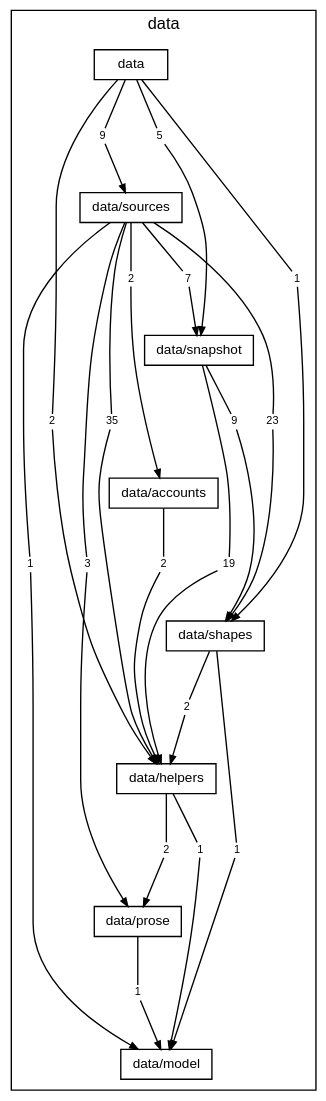
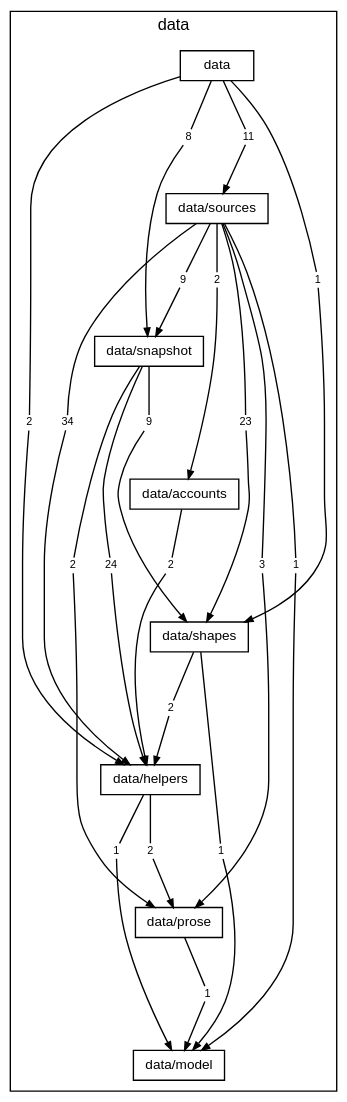
One commit to TheAxeC/oculus changed the diagram in docs/diagrams/layer-data.dot. Above: the diagram before and after it, drawn with Graphviz. The commit also changed 108 other files, not shown here.

```diff
--- a/docs/diagrams/layer-data.dot
+++ b/docs/diagrams/layer-data.dot
@@ -1,77 +1,80 @@
 digraph layer_data {
     graph [bgcolor="transparent", rankdir=TB, newrank=true, mclimit=4, fontname="Helvetica,Arial,sans-serif", fontsize=12, nodesep=0.2, ranksep=0.5];
     node [shape=box, color="black", fontcolor="black", fontname="Helvetica,Arial,sans-serif", fontsize=10, height=0.3, margin="0.12,0.04"];
     edge [color="black", fontcolor="black", fontname="Helvetica,Arial,sans-serif", fontsize=8, arrowsize=0.6];
     subgraph "cluster_data" {
         label="data"; style=solid;
         "folder data" [label="data"];
         "folder data/sources" [label="data/sources"];
         "folder data/snapshot" [label="data/snapshot"];
         "folder data/accounts" [label="data/accounts"];
         "folder data/shapes" [label="data/shapes"];
         "folder data/helpers" [label="data/helpers"];
         "folder data/prose" [label="data/prose"];
         "folder data/model" [label="data/model"];
         "folder data to folder data/helpers" [label="2", shape=box, color="transparent", fontsize=8, width=0, height=0, margin="0.04,0.02"];
         "folder data to folder data/shapes" [label="1", shape=box, color="transparent", fontsize=8, width=0, height=0, margin="0.04,0.02"];
-        "folder data to folder data/snapshot" [label="5", shape=box, color="transparent", fontsize=8, width=0, height=0, margin="0.04,0.02"];
-        "folder data to folder data/sources" [label="9", shape=box, color="transparent", fontsize=8, width=0, height=0, margin="0.04,0.02"];
+        "folder data to folder data/snapshot" [label="8", shape=box, color="transparent", fontsize=8, width=0, height=0, margin="0.04,0.02"];
+        "folder data to folder data/sources" [label="11", shape=box, color="transparent", fontsize=8, width=0, height=0, margin="0.04,0.02"];
         "folder data/sources to folder data/accounts" [label="2", shape=box, color="transparent", fontsize=8, width=0, height=0, margin="0.04,0.02"];
-        "folder data/sources to folder data/helpers" [label="35", shape=box, color="transparent", fontsize=8, width=0, height=0, margin="0.04,0.02"];
+        "folder data/sources to folder data/helpers" [label="34", shape=box, color="transparent", fontsize=8, width=0, height=0, margin="0.04,0.02"];
         "folder data/sources to folder data/model" [label="1", shape=box, color="transparent", fontsize=8, width=0, height=0, margin="0.04,0.02"];
         "folder data/sources to folder data/prose" [label="3", shape=box, color="transparent", fontsize=8, width=0, height=0, margin="0.04,0.02"];
         "folder data/sources to folder data/shapes" [label="23", shape=box, color="transparent", fontsize=8, width=0, height=0, margin="0.04,0.02"];
-        "folder data/sources to folder data/snapshot" [label="7", shape=box, color="transparent", fontsize=8, width=0, height=0, margin="0.04,0.02"];
-        "folder data/snapshot to folder data/helpers" [label="19", shape=box, color="transparent", fontsize=8, width=0, height=0, margin="0.04,0.02"];
+        "folder data/sources to folder data/snapshot" [label="9", shape=box, color="transparent", fontsize=8, width=0, height=0, margin="0.04,0.02"];
+        "folder data/snapshot to folder data/helpers" [label="24", shape=box, color="transparent", fontsize=8, width=0, height=0, margin="0.04,0.02"];
+        "folder data/snapshot to folder data/prose" [label="2", shape=box, color="transparent", fontsize=8, width=0, height=0, margin="0.04,0.02"];
         "folder data/snapshot to folder data/shapes" [label="9", shape=box, color="transparent", fontsize=8, width=0, height=0, margin="0.04,0.02"];
         "folder data/accounts to folder data/helpers" [label="2", shape=box, color="transparent", fontsize=8, width=0, height=0, margin="0.04,0.02"];
         "folder data/shapes to folder data/helpers" [label="2", shape=box, color="transparent", fontsize=8, width=0, height=0, margin="0.04,0.02"];
         "folder data/shapes to folder data/model" [label="1", shape=box, color="transparent", fontsize=8, width=0, height=0, margin="0.04,0.02"];
         "folder data/helpers to folder data/model" [label="1", shape=box, color="transparent", fontsize=8, width=0, height=0, margin="0.04,0.02"];
         "folder data/helpers to folder data/prose" [label="2", shape=box, color="transparent", fontsize=8, width=0, height=0, margin="0.04,0.02"];
         "folder data/prose to folder data/model" [label="1", shape=box, color="transparent", fontsize=8, width=0, height=0, margin="0.04,0.02"];
     }
     "folder data" -> "folder data/sources" [style=invis, weight=10, minlen=2];
     "folder data/sources" -> "folder data/snapshot" [style=invis, weight=10, minlen=2];
     "folder data/snapshot" -> "folder data/accounts" [style=invis, weight=10, minlen=2];
     "folder data/accounts" -> "folder data/shapes" [style=invis, weight=10, minlen=2];
     "folder data/shapes" -> "folder data/helpers" [style=invis, weight=10, minlen=2];
     "folder data/helpers" -> "folder data/prose" [style=invis, weight=10, minlen=2];
     "folder data/prose" -> "folder data/model" [style=invis, weight=10, minlen=2];
     "folder data" -> "folder data to folder data/helpers" [arrowhead=none, minlen=5, weight=10];
     "folder data to folder data/helpers" -> "folder data/helpers" [];
     "folder data" -> "folder data to folder data/shapes" [arrowhead=none, minlen=3, weight=10];
     "folder data to folder data/shapes" -> "folder data/shapes" [];
     "folder data" -> "folder data to folder data/snapshot" [arrowhead=none, minlen=1, weight=10];
     "folder data to folder data/snapshot" -> "folder data/snapshot" [];
     "folder data" -> "folder data to folder data/sources" [arrowhead=none, minlen=1, weight=10];
     "folder data to folder data/sources" -> "folder data/sources" [];
     "folder data/sources" -> "folder data/sources to folder data/accounts" [arrowhead=none, minlen=1, weight=10];
     "folder data/sources to folder data/accounts" -> "folder data/accounts" [];
     "folder data/sources" -> "folder data/sources to folder data/helpers" [arrowhead=none, minlen=3, weight=10];
     "folder data/sources to folder data/helpers" -> "folder data/helpers" [];
     "folder data/sources" -> "folder data/sources to folder data/model" [arrowhead=none, minlen=5, weight=10];
     "folder data/sources to folder data/model" -> "folder data/model" [];
     "folder data/sources" -> "folder data/sources to folder data/prose" [arrowhead=none, minlen=5, weight=10];
     "folder data/sources to folder data/prose" -> "folder data/prose" [];
     "folder data/sources" -> "folder data/sources to folder data/shapes" [arrowhead=none, minlen=3, weight=10];
     "folder data/sources to folder data/shapes" -> "folder data/shapes" [];
     "folder data/sources" -> "folder data/sources to folder data/snapshot" [arrowhead=none, minlen=1, weight=10];
     "folder data/sources to folder data/snapshot" -> "folder data/snapshot" [];
     "folder data/snapshot" -> "folder data/snapshot to folder data/helpers" [arrowhead=none, minlen=3, weight=10];
     "folder data/snapshot to folder data/helpers" -> "folder data/helpers" [];
+    "folder data/snapshot" -> "folder data/snapshot to folder data/prose" [arrowhead=none, minlen=3, weight=10];
+    "folder data/snapshot to folder data/prose" -> "folder data/prose" [];
     "folder data/snapshot" -> "folder data/snapshot to folder data/shapes" [arrowhead=none, minlen=1, weight=10];
     "folder data/snapshot to folder data/shapes" -> "folder data/shapes" [];
     "folder data/accounts" -> "folder data/accounts to folder data/helpers" [arrowhead=none, minlen=1, weight=10];
     "folder data/accounts to folder data/helpers" -> "folder data/helpers" [];
     "folder data/shapes" -> "folder data/shapes to folder data/helpers" [arrowhead=none, minlen=1, weight=10];
     "folder data/shapes to folder data/helpers" -> "folder data/helpers" [];
     "folder data/shapes" -> "folder data/shapes to folder data/model" [arrowhead=none, minlen=3, weight=10];
     "folder data/shapes to folder data/model" -> "folder data/model" [];
     "folder data/helpers" -> "folder data/helpers to folder data/model" [arrowhead=none, minlen=1, weight=10];
     "folder data/helpers to folder data/model" -> "folder data/model" [];
     "folder data/helpers" -> "folder data/helpers to folder data/prose" [arrowhead=none, minlen=1, weight=10];
     "folder data/helpers to folder data/prose" -> "folder data/prose" [];
     "folder data/prose" -> "folder data/prose to folder data/model" [arrowhead=none, minlen=1, weight=10];
     "folder data/prose to folder data/model" -> "folder data/model" [];
 }
```
